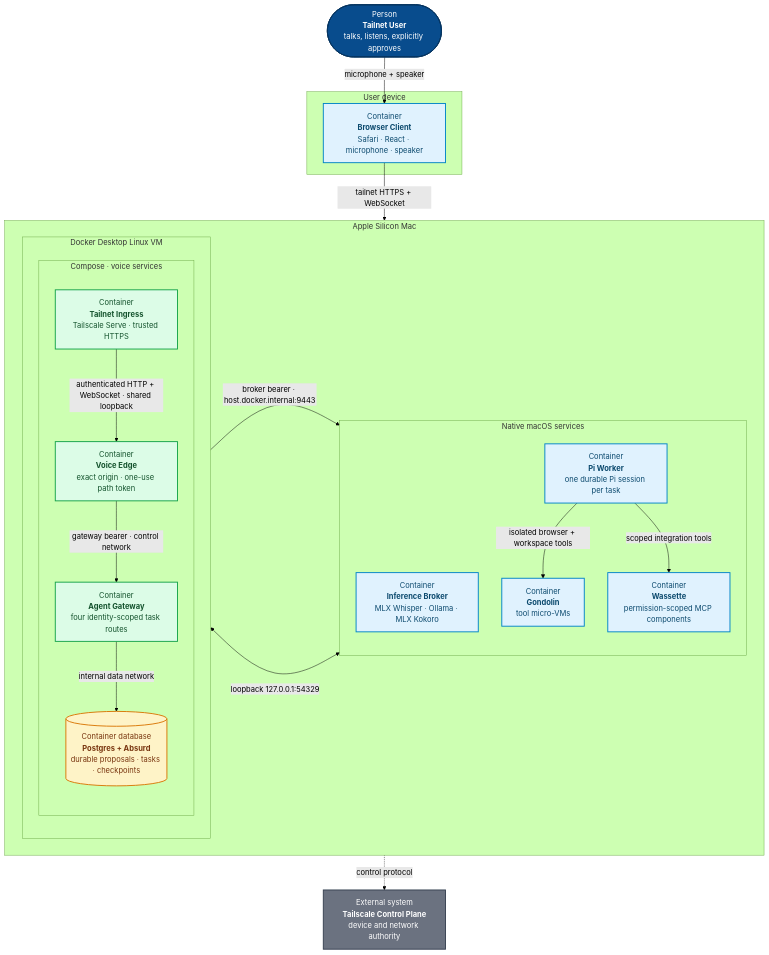
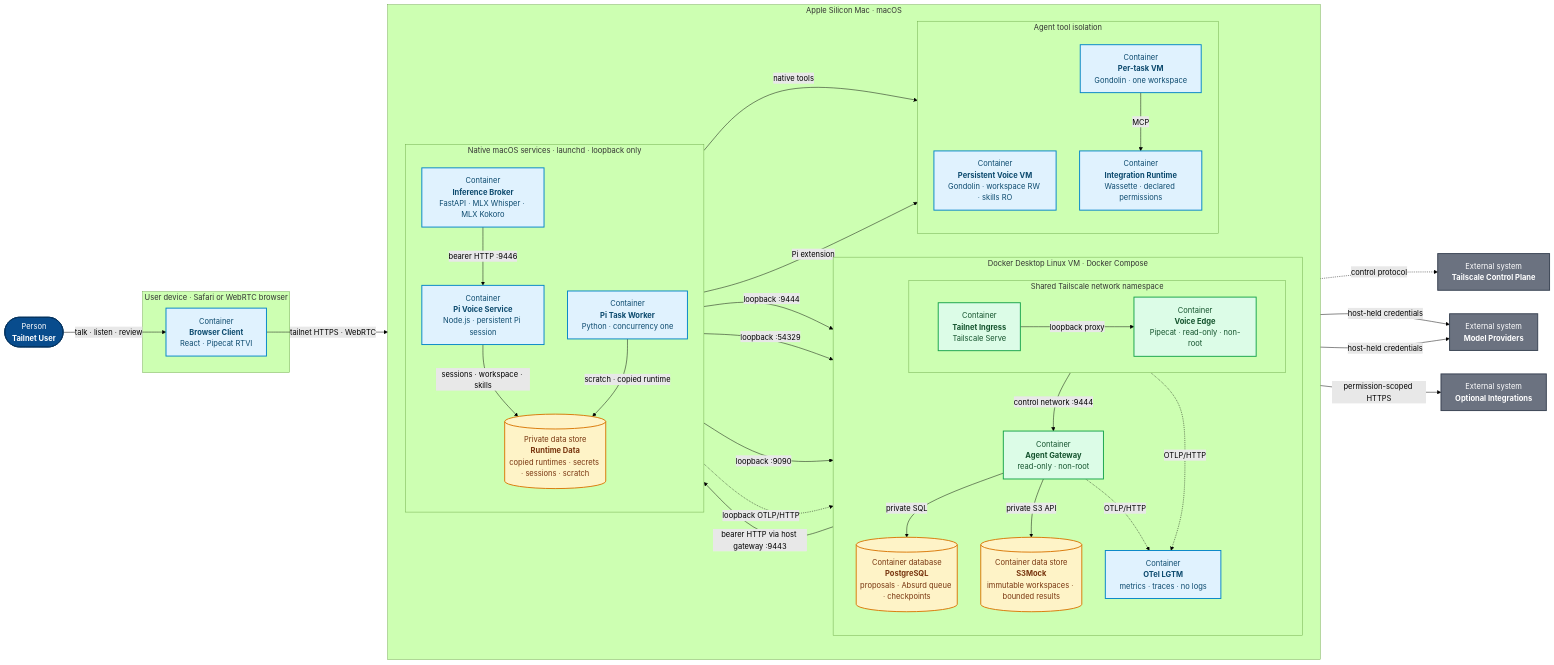
The diagram in products/voice-agent/docs/architecture/deployment-security.mmd (ragavsathish/agent-workload-platform), drawn with Mermaid (forest theme) before and after one commit. The commit also changed 19 other files, not shown here.

Commit message:
feat(voice-agent): add context controls and align architecture

```diff
--- a/products/voice-agent/docs/architecture/deployment-security.mmd
+++ b/products/voice-agent/docs/architecture/deployment-security.mmd
@@ -1,53 +1,78 @@
-flowchart TB
-    %% C4 deployment view: private voice ingress and isolated agent tools.
-    USER(["Person<br/><b>Tailnet User</b><br/>talks, listens, explicitly approves"])
-    CONTROL["External system<br/><b>Tailscale Control Plane</b><br/>device and network authority"]
+flowchart LR
+    %% C4 deployment view. Arrows show only trust-boundary crossings and operational dependencies.
+    USER(["Person<br/><b>Tailnet User</b>"])
+    CONTROL["External system<br/><b>Tailscale Control Plane</b>"]
+    MODELS["External system<br/><b>Model Providers</b>"]
+    EXTERNAL["External system<br/><b>Optional Integrations</b>"]
 
-    subgraph DEVICE["User device"]
-        BROWSER["Container<br/><b>Browser Client</b><br/>Safari · React · microphone · speaker"]
+    subgraph DEVICE["User device · Safari or WebRTC browser"]
+        BROWSER["Container<br/><b>Browser Client</b><br/>React · Pipecat RTVI"]
     end
 
-    subgraph MAC["Apple Silicon Mac"]
+    subgraph MAC["Apple Silicon Mac · macOS"]
         direction LR
-        subgraph DOCKER["Docker Desktop Linux VM"]
+
+        subgraph DOCKER["Docker Desktop Linux VM · Docker Compose"]
             direction TB
-            subgraph COMPOSE["Compose · voice services"]
-                direction TB
-                INGRESS["Container<br/><b>Tailnet Ingress</b><br/>Tailscale Serve · trusted HTTPS"]
-                EDGE["Container<br/><b>Voice Edge</b><br/>exact origin · one-use path token"]
-                GATEWAY["Container<br/><b>Agent Gateway</b><br/>four identity-scoped task routes"]
-                DB[("Container database<br/><b>Postgres + Absurd</b><br/>durable proposals · tasks · checkpoints")]
-                INGRESS -->|"authenticated HTTP + WebSocket · shared loopback"| EDGE
-                EDGE -->|"gateway bearer · control network"| GATEWAY
-                GATEWAY -->|"internal data network"| DB
+            subgraph EDGE_NS["Shared Tailscale network namespace"]
+                direction LR
+                INGRESS["Container<br/><b>Tailnet Ingress</b><br/>Tailscale Serve"]
+                EDGE["Container<br/><b>Voice Edge</b><br/>Pipecat · read-only · non-root"]
+                INGRESS -->|"loopback proxy"| EDGE
             end
+            GATEWAY["Container<br/><b>Agent Gateway</b><br/>read-only · non-root"]
+            POSTGRES[("Container database<br/><b>PostgreSQL</b><br/>proposals · Absurd queue · checkpoints")]
+            S3[("Container data store<br/><b>S3Mock</b><br/>immutable workspaces · bounded results")]
+            OTEL["Container<br/><b>OTel LGTM</b><br/>metrics · traces · no logs"]
+            GATEWAY -->|"private SQL"| POSTGRES
+            GATEWAY -->|"private S3 API"| S3
         end
 
-        subgraph NATIVE["Native macOS services"]
+        subgraph NATIVE["Native macOS services · launchd · loopback only"]
             direction TB
-            BROKER["Container<br/><b>Inference Broker</b><br/>MLX Whisper · Ollama · MLX Kokoro"]
-            WORKER["Container<br/><b>Pi Worker</b><br/>one durable Pi session per task"]
-            GONDOLIN["Container<br/><b>Gondolin</b><br/>tool micro-VMs"]
-            WASSETTE["Container<br/><b>Wassette</b><br/>permission-scoped MCP components"]
-            WORKER -->|"isolated browser + workspace tools"| GONDOLIN
-            WORKER -->|"scoped integration tools"| WASSETTE
+            BROKER["Container<br/><b>Inference Broker</b><br/>FastAPI · MLX Whisper · MLX Kokoro"]
+            PI["Container<br/><b>Pi Voice Service</b><br/>Node.js · persistent Pi session"]
+            WORKER["Container<br/><b>Pi Task Worker</b><br/>Python · concurrency one"]
+            RUNTIME[("Private data store<br/><b>Runtime Data</b><br/>copied runtimes · secrets · sessions · scratch")]
+            BROKER -->|"bearer HTTP :9446"| PI
+            PI -->|"sessions · workspace · skills"| RUNTIME
+            WORKER -->|"scratch · copied runtime"| RUNTIME
         end
 
-        EDGE -->|"broker bearer · host.docker.internal:9443"| BROKER
-        DB <-->|"loopback 127.0.0.1:54329"| WORKER
+        subgraph ISOLATION["Agent tool isolation"]
+            direction TB
+            VOICE_VM["Container<br/><b>Persistent Voice VM</b><br/>Gondolin · workspace RW · skills RO"]
+            TASK_VM["Container<br/><b>Per-task VM</b><br/>Gondolin · one workspace"]
+            WASSETTE["Container<br/><b>Integration Runtime</b><br/>Wassette · declared permissions"]
+            TASK_VM -->|"MCP"| WASSETTE
+        end
+
+        EDGE -->|"bearer HTTP via host gateway :9443"| BROKER
+        EDGE -->|"control network :9444"| GATEWAY
+        PI -->|"loopback :9444"| GATEWAY
+        WORKER -->|"loopback :54329"| POSTGRES
+        WORKER -->|"loopback :9090"| S3
+        PI -->|"native tools"| VOICE_VM
+        WORKER -->|"Pi extension"| TASK_VM
+        EDGE -.->|"OTLP/HTTP"| OTEL
+        GATEWAY -.->|"OTLP/HTTP"| OTEL
+        BROKER -.->|"loopback OTLP/HTTP"| OTEL
     end
 
-    USER -->|"microphone + speaker"| BROWSER
-    BROWSER -->|"tailnet HTTPS + WebSocket"| INGRESS
+    USER -->|"talk · listen · review"| BROWSER
+    BROWSER -->|"tailnet HTTPS · WebRTC"| INGRESS
     INGRESS -.->|"control protocol"| CONTROL
+    PI -->|"host-held credentials"| MODELS
+    WORKER -->|"host-held credentials"| MODELS
+    WASSETTE -->|"permission-scoped HTTPS"| EXTERNAL
 
     classDef person fill:#084c8d,color:#fff,stroke:#05345f,stroke-width:2px;
     classDef external fill:#6b7280,color:#fff,stroke:#374151,stroke-width:2px;
     classDef container fill:#e0f2fe,color:#0c4a6e,stroke:#0284c7,stroke-width:2px;
     classDef security fill:#dcfce7,color:#14532d,stroke:#16a34a,stroke-width:2px;
     classDef data fill:#fef3c7,color:#78350f,stroke:#d97706,stroke-width:2px;
     class USER person;
-    class CONTROL external;
-    class BROWSER,BROKER,WORKER,GONDOLIN,WASSETTE container;
-    class INGRESS,TLSEDGE,EDGE,GATEWAY security;
-    class DB data;
+    class CONTROL,MODELS,EXTERNAL external;
+    class BROWSER,BROKER,PI,WORKER,VOICE_VM,TASK_VM,WASSETTE,OTEL container;
+    class INGRESS,EDGE,GATEWAY security;
+    class POSTGRES,S3,RUNTIME data;
```
